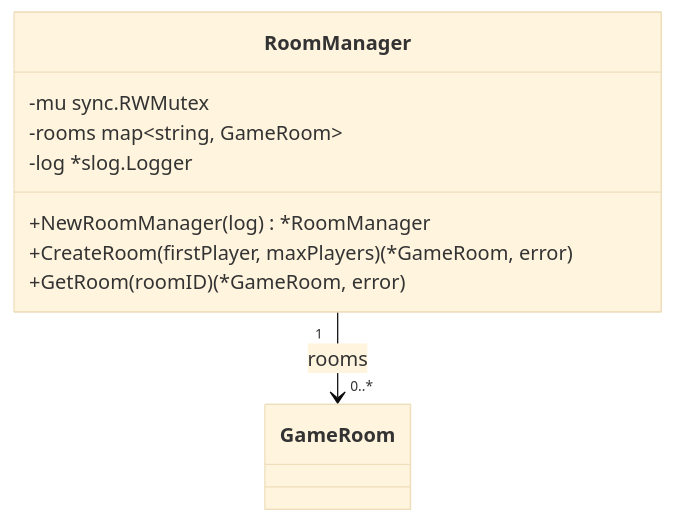
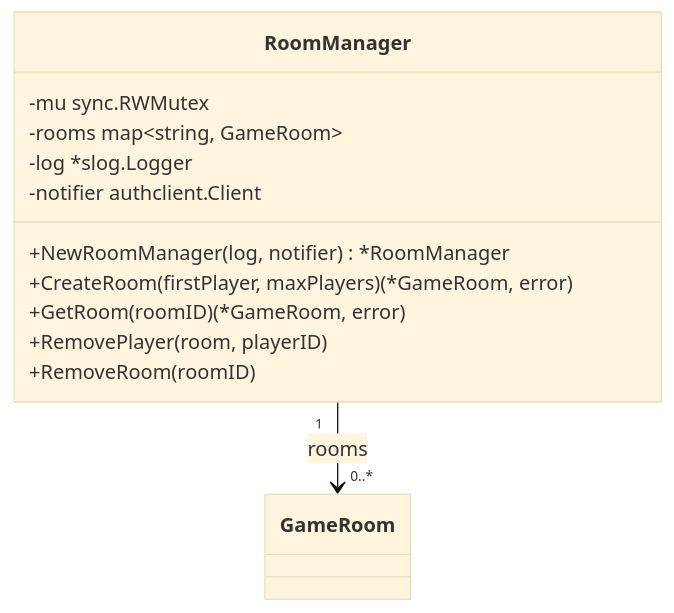
Before and after one commit to cabo-game/cabo-backend: the third of 8 diagrams in internal/roomsvc/ARCHITECTURE.md, drawn with Mermaid (base theme). The commit also changed other lines of this file and 14 other files, not shown here.

````diff
--- a/internal/roomsvc/ARCHITECTURE.md
+++ b/internal/roomsvc/ARCHITECTURE.md
@@ -113,13 +146,16 @@
 ```mermaid
 classDiagram
     class RoomManager {
         -mu sync.RWMutex
         -rooms map~string, GameRoom~
         -log *slog.Logger
-        +NewRoomManager(log) *RoomManager
+        -notifier authclient.Client
+        +NewRoomManager(log, notifier) *RoomManager
         +CreateRoom(firstPlayer, maxPlayers) (*GameRoom, error)
         +GetRoom(roomID) (*GameRoom, error)
+        +RemovePlayer(room, playerID)
+        +RemoveRoom(roomID)
     }
 
     RoomManager "1" --> "0..*" GameRoom : rooms
 ```
````
